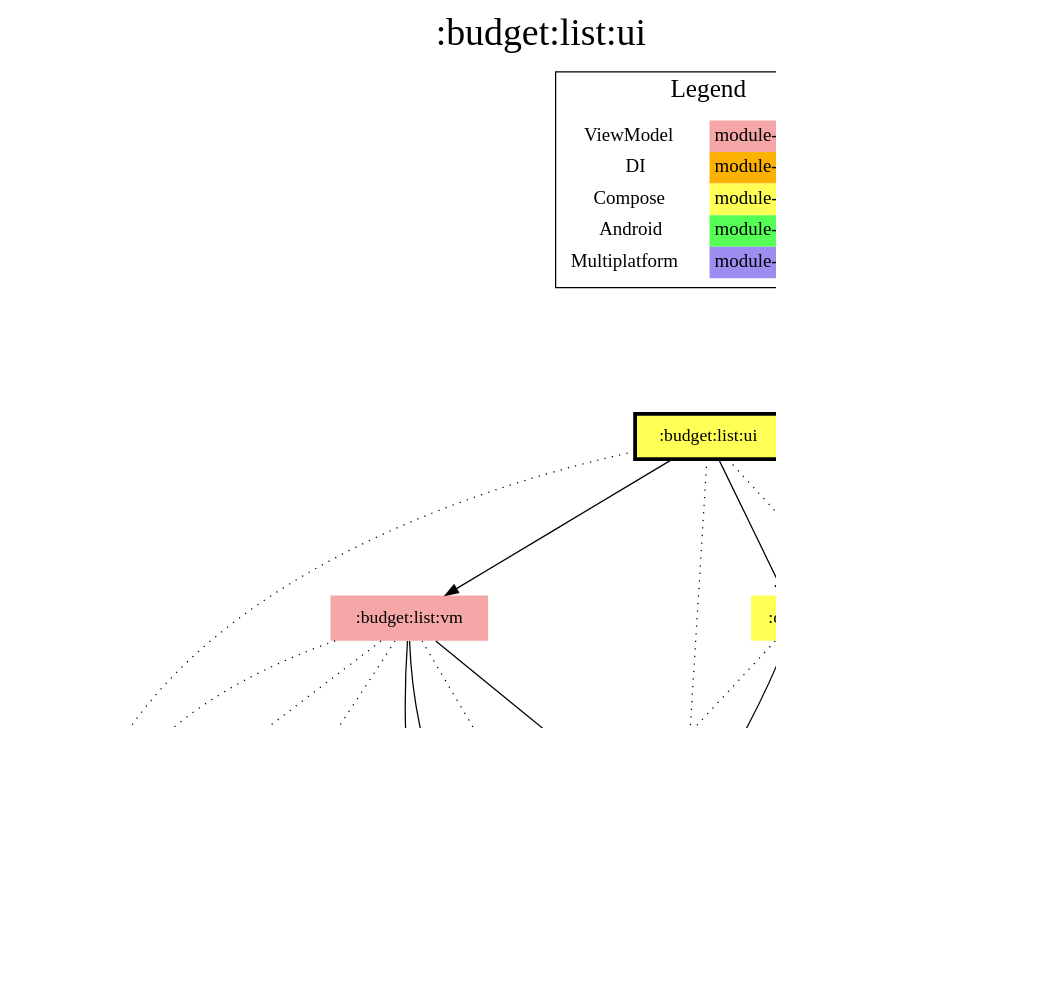
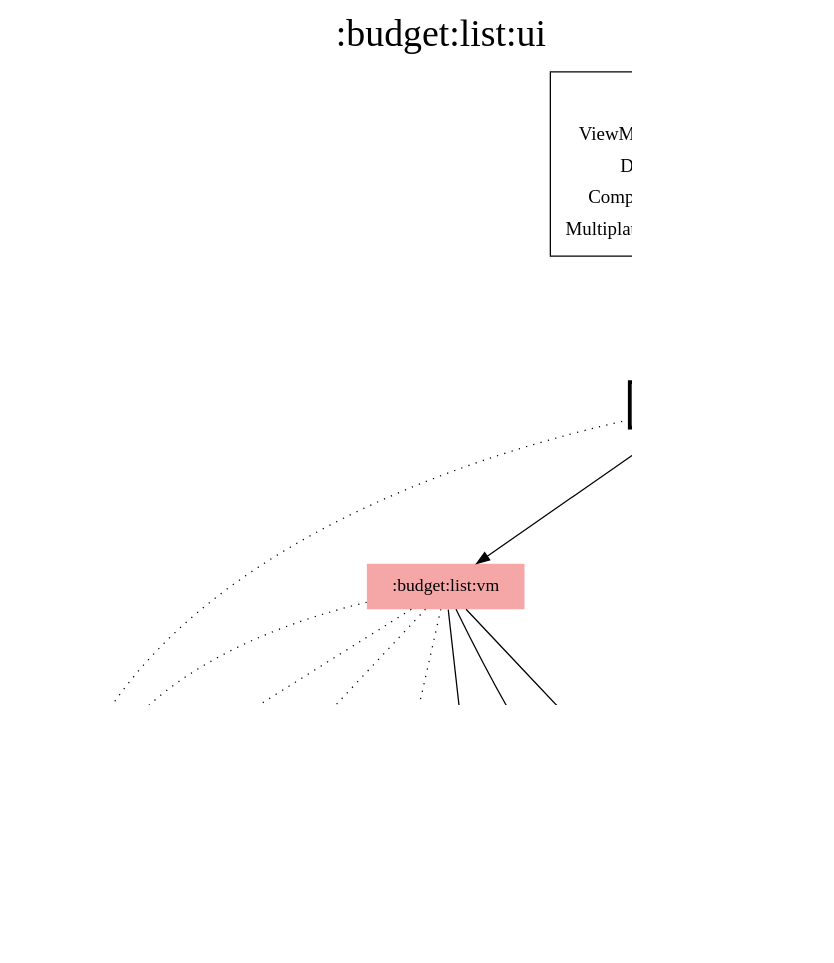
One commit to jonapoul/aktual changed the diagram in modules/budget/list/ui/modules.dot. Above: the diagram before and after it, drawn with Graphviz. The commit also changed 477 other files, not shown here.

```diff
--- a/modules/budget/list/ui/modules.dot
+++ b/modules/budget/list/ui/modules.dot
@@ -1,59 +1,56 @@
 digraph {
 edge ["dir"="forward"]
 graph ["dpi"="100","label"=":budget:list:ui","labelloc"="t","fontsize"="30","ranksep"="1.5","rankdir"="TB"]
 node ["style"="filled"]
 ":account:model" ["fillcolor"="#9D8DF1","shape"="none"]
 ":api:actual" ["fillcolor"="#9D8DF1","shape"="none"]
 ":budget:list:ui" ["fillcolor"="#FFFF55","color"="black","penwidth"="3","shape"="box"]
 ":budget:list:vm" ["fillcolor"="#F5A6A6","shape"="none"]
 ":budget:model" ["fillcolor"="#9D8DF1","shape"="none"]
 ":codegen:annotation" ["fillcolor"="#9D8DF1","shape"="none"]
-":core:android" ["fillcolor"="#55FF55","shape"="none"]
+":core:di" ["fillcolor"="#FCB103","shape"="none"]
 ":core:model" ["fillcolor"="#9D8DF1","shape"="none"]
 ":core:ui" ["fillcolor"="#FFFF55","shape"="none"]
-":di:core" ["fillcolor"="#FCB103","shape"="none"]
 ":l10n" ["fillcolor"="#9D8DF1","shape"="none"]
 ":logging" ["fillcolor"="#9D8DF1","shape"="none"]
 ":prefs" ["fillcolor"="#9D8DF1","shape"="none"]
 {
 edge ["dir"="none"]
 graph ["rank"="same"]
 ":budget:list:ui"
 }
 ":api:actual" -> ":account:model"
 ":api:actual" -> ":budget:model"
 ":api:actual" -> ":codegen:annotation" ["style"="dotted"]
 ":api:actual" -> ":core:model"
 ":budget:list:ui" -> ":account:model" ["style"="dotted"]
 ":budget:list:ui" -> ":budget:list:vm"
 ":budget:list:ui" -> ":budget:model" ["style"="dotted"]
 ":budget:list:ui" -> ":core:ui"
 ":budget:list:ui" -> ":l10n" ["style"="dotted"]
 ":budget:list:vm" -> ":account:model" ["style"="dotted"]
 ":budget:list:vm" -> ":api:actual" ["style"="dotted"]
 ":budget:list:vm" -> ":budget:model"
+":budget:list:vm" -> ":core:di"
 ":budget:list:vm" -> ":core:model"
-":budget:list:vm" -> ":di:core"
 ":budget:list:vm" -> ":logging" ["style"="dotted"]
 ":budget:list:vm" -> ":prefs" ["style"="dotted"]
 ":core:ui" -> ":budget:model"
-":core:ui" -> ":core:android" ["style"="dotted"]
+":core:ui" -> ":core:di" ["style"="dotted"]
 ":core:ui" -> ":core:model"
-":core:ui" -> ":di:core" ["style"="dotted"]
 ":core:ui" -> ":l10n" ["style"="dotted"]
 ":prefs" -> ":account:model"
 ":prefs" -> ":core:model"
 subgraph "cluster_legend" {
 edge ["dir"="none"]
 graph ["label"="Legend","fontsize"="20"]
 "Legend" ["style"="filled","fillcolor"="#FFFFFF","shape"="none","margin"="0","fontsize"="15","label"=<
 <TABLE BORDER="0" CELLBORDER="0" CELLSPACING="0" CELLPADDING="4">
 <TR><TD>ViewModel</TD><TD BGCOLOR="#F5A6A6">module-name</TD></TR>
 <TR><TD>DI</TD><TD BGCOLOR="#FCB103">module-name</TD></TR>
 <TR><TD>Compose</TD><TD BGCOLOR="#FFFF55">module-name</TD></TR>
-<TR><TD>Android</TD><TD BGCOLOR="#55FF55">module-name</TD></TR>
 <TR><TD>Multiplatform</TD><TD BGCOLOR="#9D8DF1">module-name</TD></TR>
 </TABLE>
 >]
 } -> ":budget:list:ui" ["style"="invis"]
 }
```
